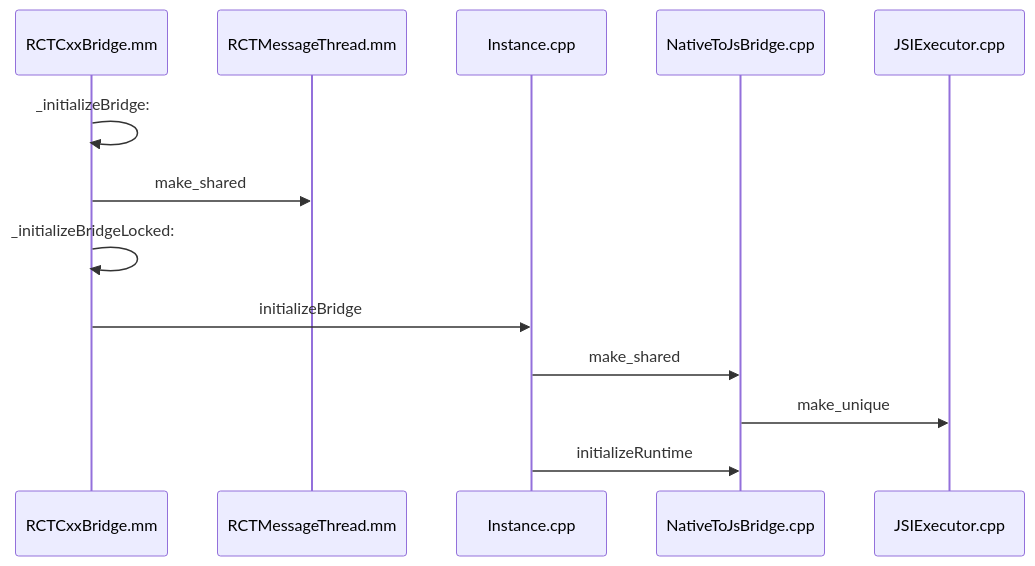
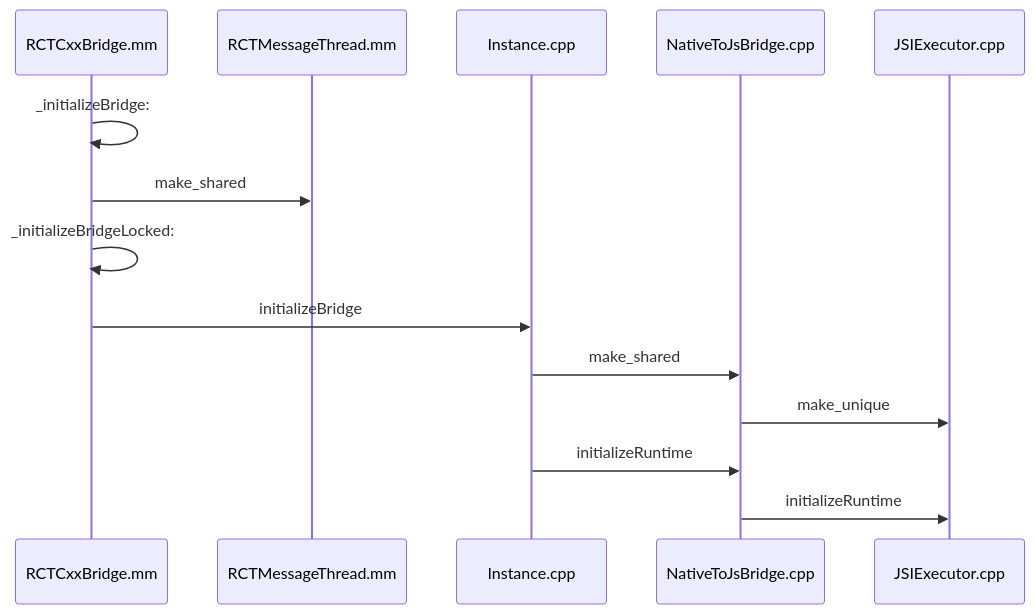
One commit to yianzhou/yianzhou.github.io changed the second of 2 diagrams in _posts/apple/2021-04-26-react.md. Above: the diagram before and after it, drawn with Mermaid. The commit also changed other lines of this file and 1 other file, not shown here.

```diff
--- a/_posts/apple/2021-04-26-react.md
+++ b/_posts/apple/2021-04-26-react.md
@@ -316,15 +316,16 @@
 <div class="mermaid">
 sequenceDiagram
     participant RCTCxxBridge as RCTCxxBridge.mm
     participant RCTMessageThread as RCTMessageThread.mm
     participant Instance as Instance.cpp
     participant NativeToJsBridge as NativeToJsBridge.cpp
     participant JSIExecutor as JSIExecutor.cpp
     RCTCxxBridge->>RCTCxxBridge: _initializeBridge:
     RCTCxxBridge->>RCTMessageThread: make_shared
     RCTCxxBridge->>RCTCxxBridge: _initializeBridgeLocked:
     RCTCxxBridge->>Instance: initializeBridge
     Instance->>NativeToJsBridge: make_shared
     NativeToJsBridge->>JSIExecutor: make_unique
     Instance->>NativeToJsBridge: initializeRuntime
+    NativeToJsBridge->>JSIExecutor: initializeRuntime
 </div>
```
